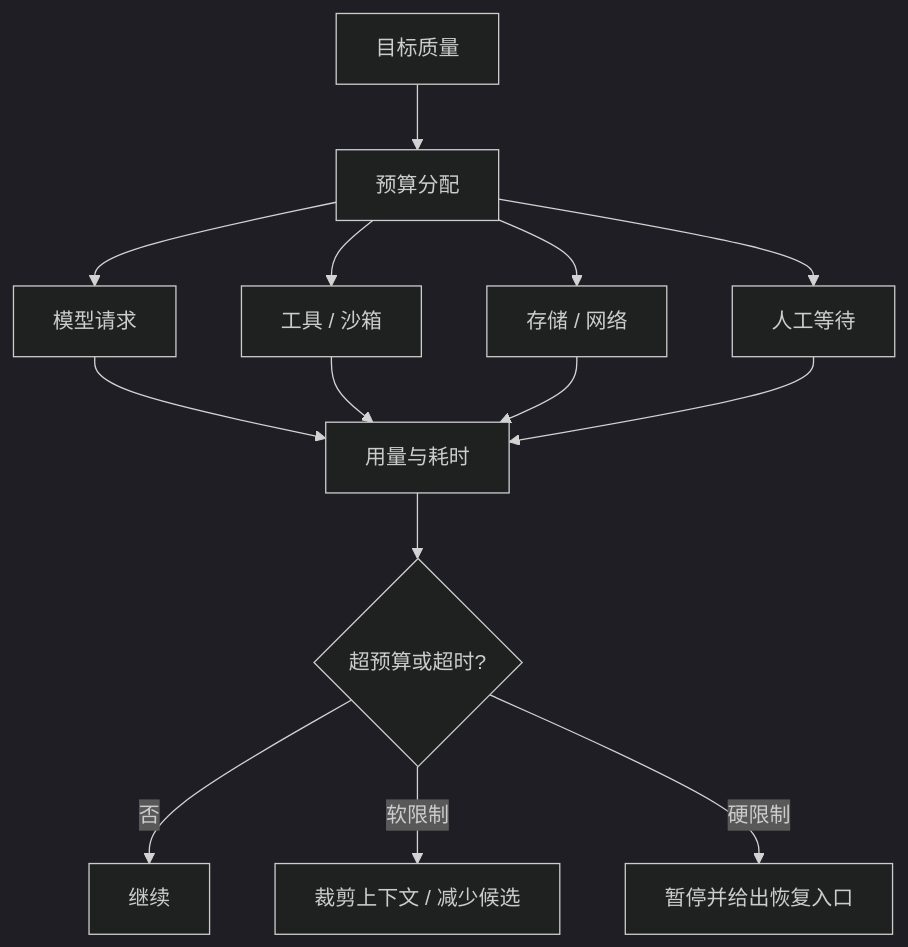
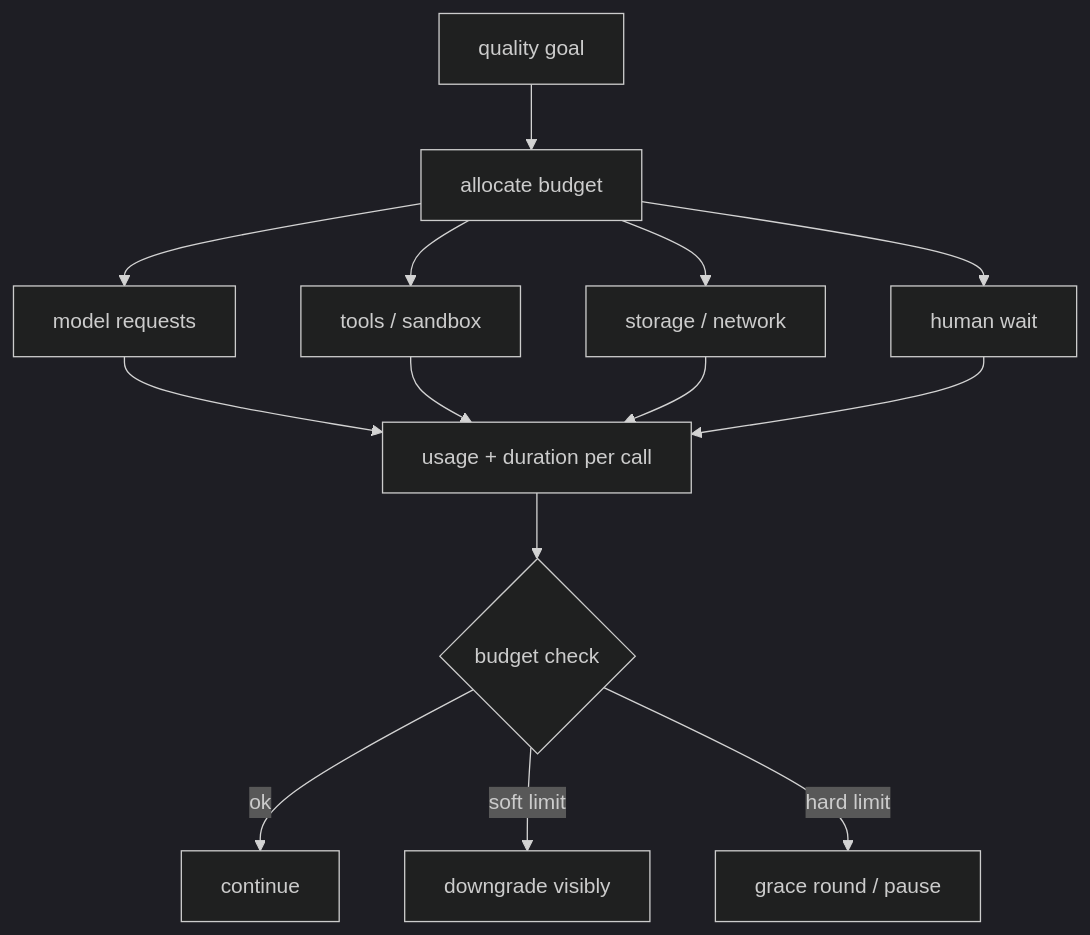
One commit to xiaoslin9153/awesome-agent-harness-tutorial changed the first of 2 diagrams in tutorial/zh-CN/02-harness-mechanics/cost-latency.md. Above: the diagram before and after it, drawn with Mermaid (dark theme). The commit also changed other lines of this file and 3 other files, not shown here.

````diff
--- a/tutorial/zh-CN/02-harness-mechanics/cost-latency.md
+++ b/tutorial/zh-CN/02-harness-mechanics/cost-latency.md
@@ -34,16 +56,16 @@
 ```mermaid
 flowchart TD
-  A[目标质量] --> B[预算分配]
-  B --> C[模型请求]
-  B --> D[工具 / 沙箱]
-  B --> E[存储 / 网络]
-  B --> F[人工等待]
-  C --> G[用量与耗时]
+  A[quality goal] --> B[allocate budget]
+  B --> C[model requests]
+  B --> D[tools / sandbox]
+  B --> E[storage / network]
+  B --> F[human wait]
+  C --> G[usage + duration per call]
   D --> G
   E --> G
   F --> G
-  G --> H{超预算或超时?}
-  H -- 否 --> I[继续]
-  H -- 软限制 --> J[裁剪上下文 / 减少候选]
-  H -- 硬限制 --> K[暂停并给出恢复入口]
+  G --> H{budget check}
+  H -- ok --> I[continue]
+  H -- soft limit --> J[downgrade visibly]
+  H -- hard limit --> K[grace round / pause]
 ```
````
